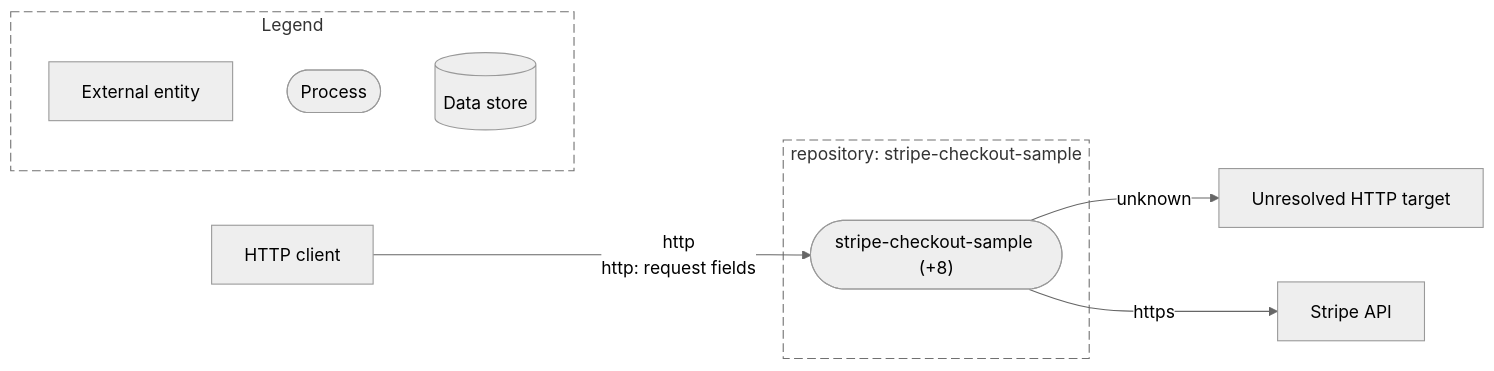
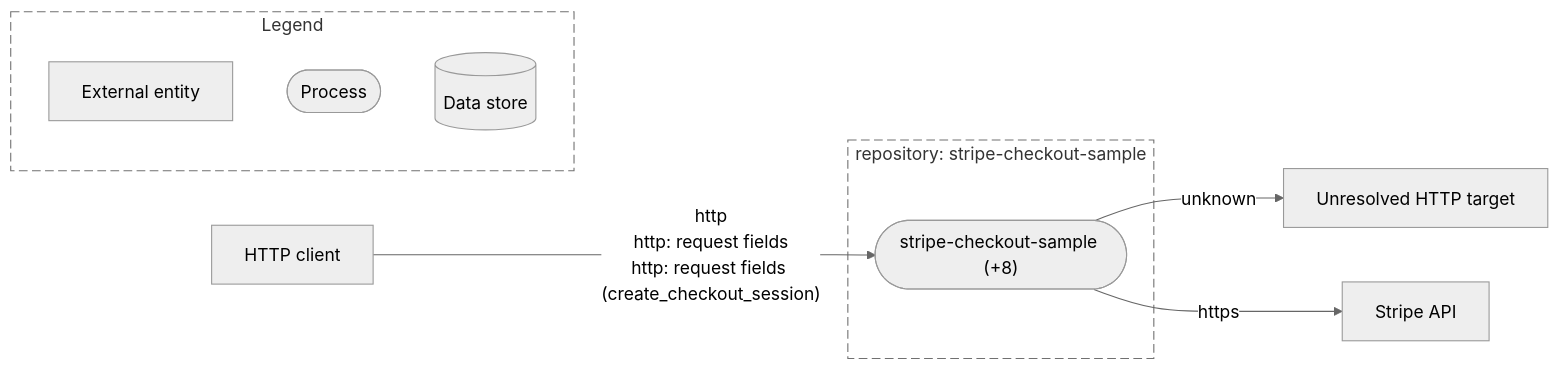
Before and after one commit to AskShri/code2designmapping: the diagram in evaluation/stripe-checkout-sample/diagrams/dfd-l0.mmd, drawn with Mermaid (neutral theme). The commit also changed 164 other files, not shown here.

```diff
--- a/evaluation/stripe-checkout-sample/diagrams/dfd-l0.mmd
+++ b/evaluation/stripe-checkout-sample/diagrams/dfd-l0.mmd
@@ -1,18 +1,18 @@
 %% L0 context - stripe-checkout-sample
 flowchart LR
   subgraph bnd_fwz6ntc2oh["repository: stripe-checkout-sample"]
     proc_trj3nqkgc6(["stripe-checkout-sample (+8)"])
   end
   ext_miziwfdicw["Unresolved HTTP target"]
   ext_sga4qktkap["HTTP client"]
   ext_slqdx4hifp["Stripe API"]
-  ext_sga4qktkap -->|"http<br/>http: request fields"| proc_trj3nqkgc6
+  ext_sga4qktkap -->|"http<br/>http: request fields<br/>http: request fields (create_checkout_session)"| proc_trj3nqkgc6
   proc_trj3nqkgc6 -->|"unknown"| ext_miziwfdicw
   proc_trj3nqkgc6 -->|"https"| ext_slqdx4hifp
   style bnd_fwz6ntc2oh stroke-dasharray: 8 4,fill:none
   subgraph legend["Legend"]
     lg_e["External entity"]
     lg_p(["Process"])
     lg_s[("Data store")]
   end
   style legend stroke-dasharray: 8 4,fill:none
```
